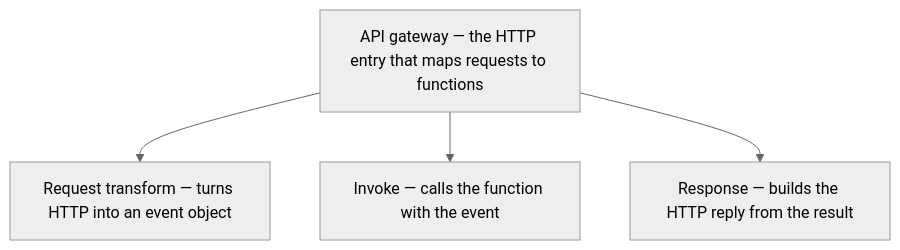
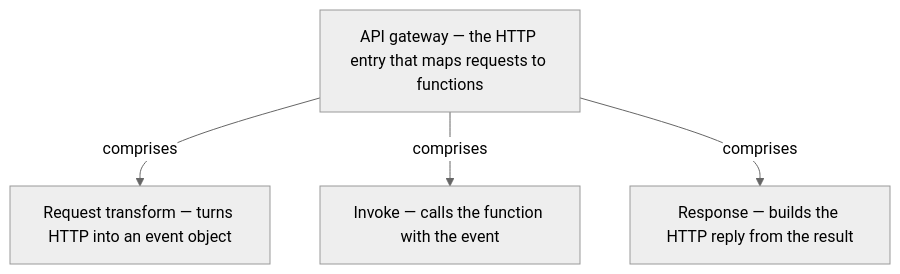
Before and after one commit to vinayakuber/microservices-io-study-guide: the sixth of 14 diagrams in docs/ch41-serverless-deployment.md, drawn with Mermaid (neutral theme). The commit also changed other lines of this file and 71 other files, not shown here.

First line of the commit message:
R18: label every diagram arrow with its meaning

````diff
--- a/docs/ch41-serverless-deployment.md
+++ b/docs/ch41-serverless-deployment.md
@@ -204,7 +204,7 @@
 ```mermaid
 flowchart TD
   R["API gateway — the HTTP entry that maps requests to functions"]
-  R --> P0["Request transform — turns HTTP into an event object"]
-  R --> P1["Invoke — calls the function with the event"]
-  R --> P2["Response — builds the HTTP reply from the result"]
+  R -->|"comprises"| P0["Request transform — turns HTTP into an event object"]
+  R -->|"comprises"| P1["Invoke — calls the function with the event"]
+  R -->|"comprises"| P2["Response — builds the HTTP reply from the result"]
 ```
````
